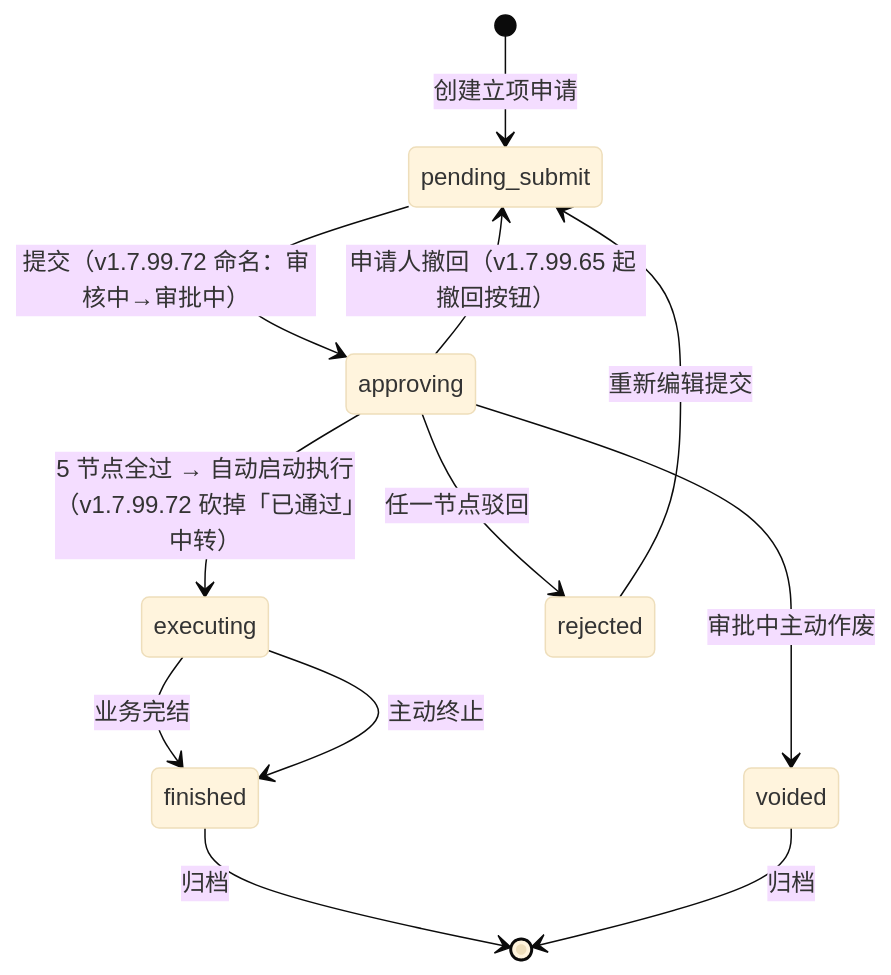
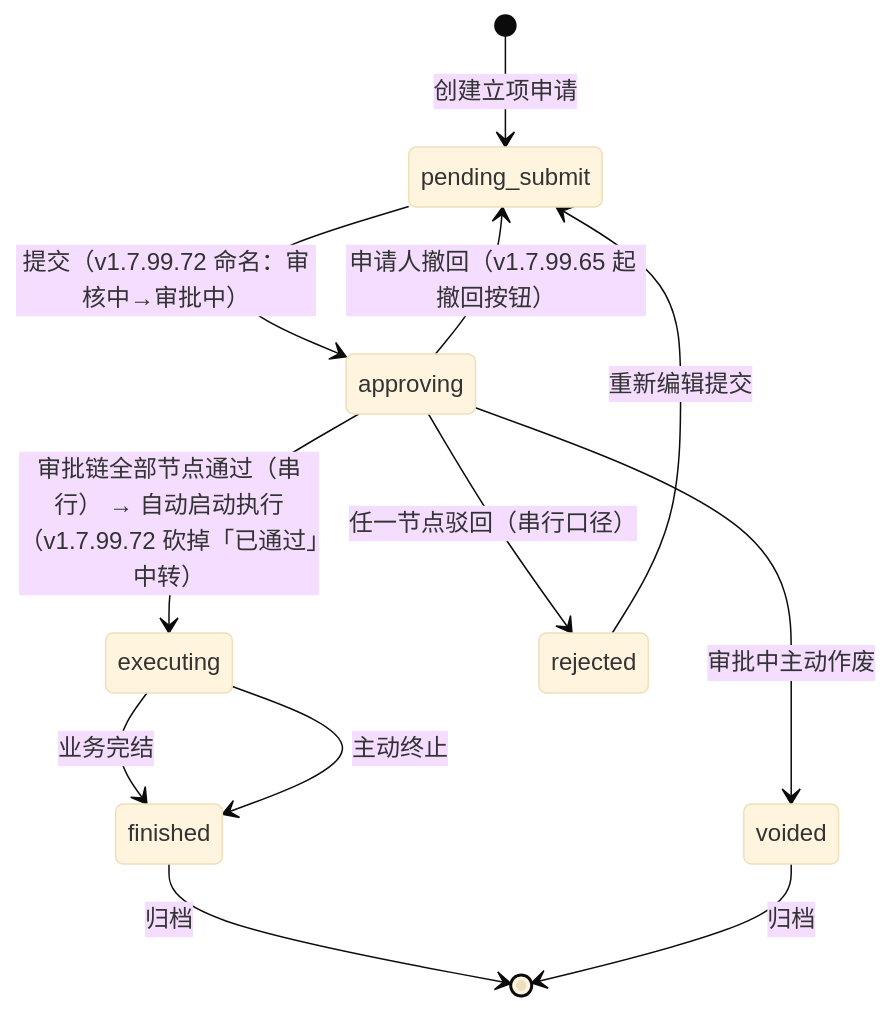
The fourth of 5 diagrams in docs-v2/02.01-项目管理.md (Ummyue/gyt-admin), drawn with Mermaid (base theme) before and after one commit. The commit also changed other lines of this file and 40 other files, not shown here.

````diff
--- a/docs-v2/02.01-项目管理.md
+++ b/docs-v2/02.01-项目管理.md
@@ -388,16 +458,16 @@
 ```mermaid
 stateDiagram-v2
     [*] --> pending_submit: 创建立项申请
     pending_submit --> approving: 提交（v1.7.99.72 命名：审核中→审批中）
 
-    approving --> executing: 5 节点全过 → 自动启动执行（v1.7.99.72 砍掉「已通过」中转）
-    approving --> rejected: 任一节点驳回
+    approving --> executing: 审批链全部节点通过（串行） → 自动启动执行（v1.7.99.72 砍掉「已通过」中转）
+    approving --> rejected: 任一节点驳回（串行口径）
     approving --> voided: 审批中主动作废
     approving --> pending_submit: 申请人撤回（v1.7.99.65 起 撤回按钮）
 
     executing --> finished: 业务完结
     executing --> finished: 主动终止
     finished --> [*]: 归档
     rejected --> pending_submit: 重新编辑提交
     voided --> [*]: 归档
 ```
````
